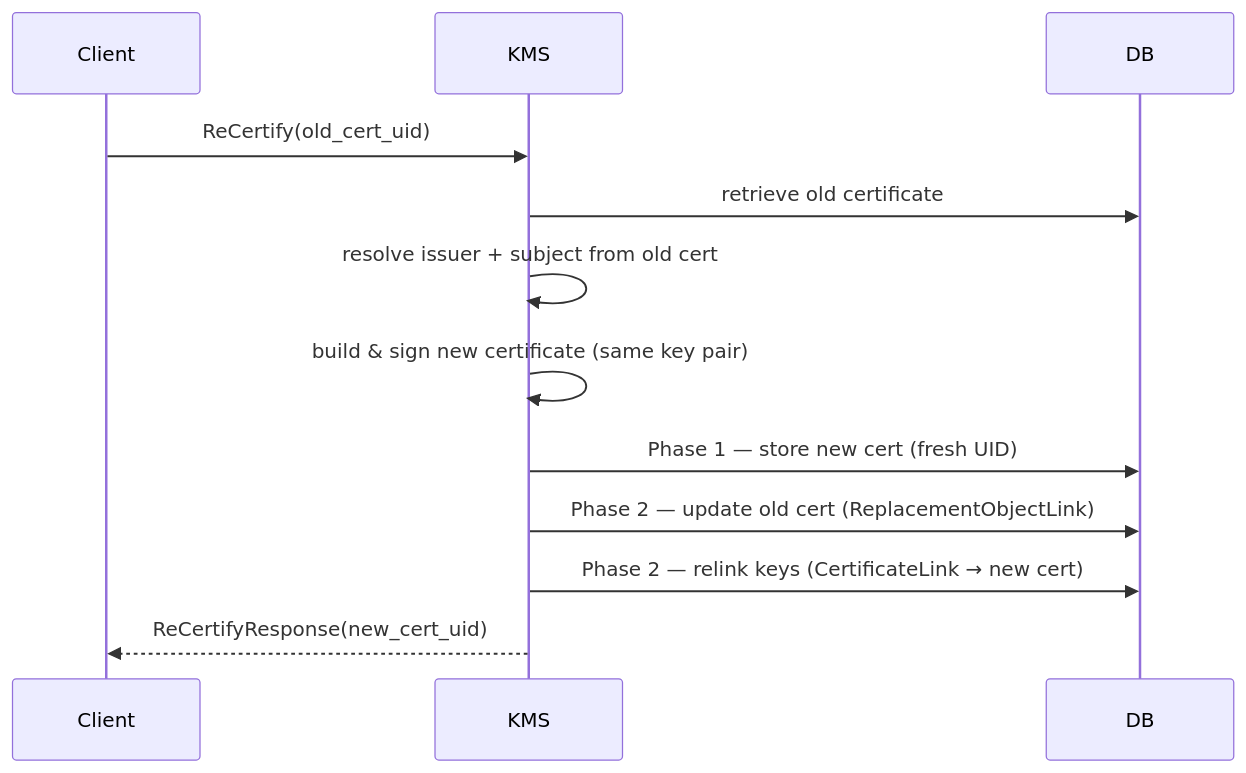
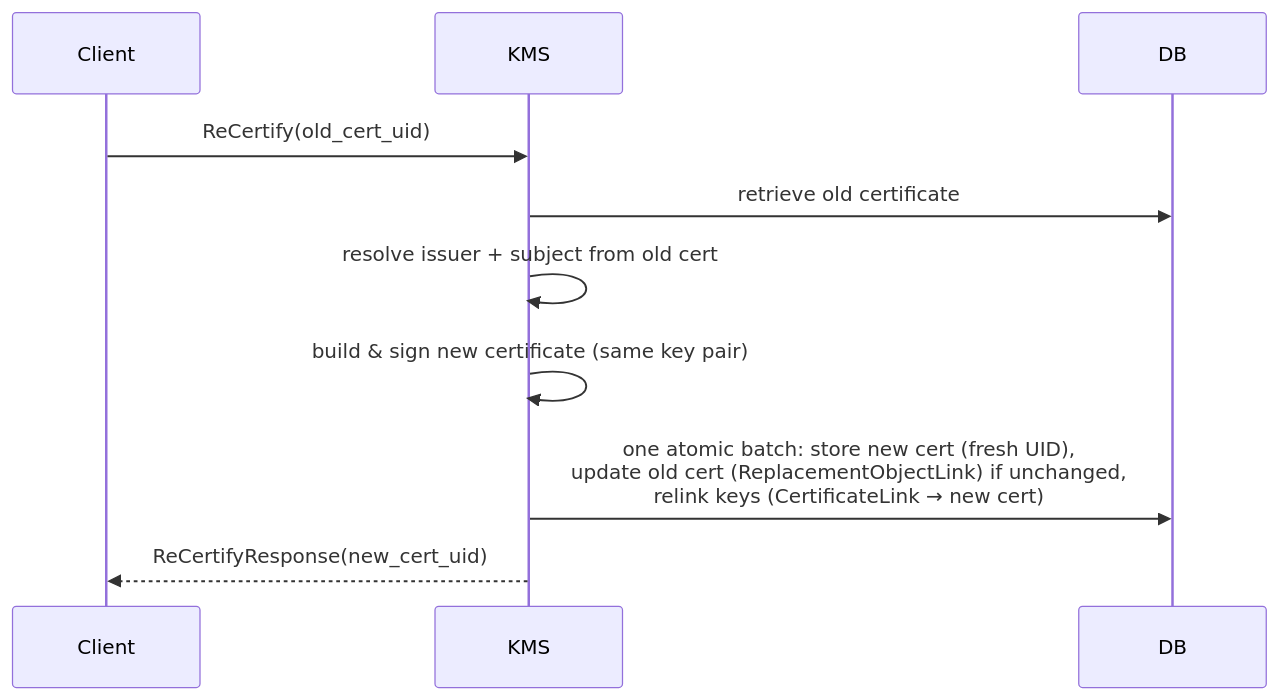
Before and after one commit to Cosmian/kms: the fifth of 6 diagrams in documentation/docs/kmip_support/key_rotation/index.md, drawn with Mermaid. The commit also changed other lines of this file and 3 other files, not shown here.

````diff
--- a/documentation/docs/kmip_support/key_rotation/index.md
+++ b/documentation/docs/kmip_support/key_rotation/index.md
@@ -385,15 +388,13 @@
 ```mermaid
 sequenceDiagram
     participant Client
     participant KMS
     participant DB
 
     Client->>KMS: ReCertify(old_cert_uid)
     KMS->>DB: retrieve old certificate
     KMS->>KMS: resolve issuer + subject from old cert
     KMS->>KMS: build & sign new certificate (same key pair)
-    KMS->>DB: Phase 1 — store new cert (fresh UID)
-    KMS->>DB: Phase 2 — update old cert (ReplacementObjectLink)
-    KMS->>DB: Phase 2 — relink keys (CertificateLink → new cert)
+    KMS->>DB: one atomic batch: store new cert (fresh UID),<br/>update old cert (ReplacementObjectLink) if unchanged,<br/>relink keys (CertificateLink → new cert)
     KMS-->>Client: ReCertifyResponse(new_cert_uid)
 ```
````
